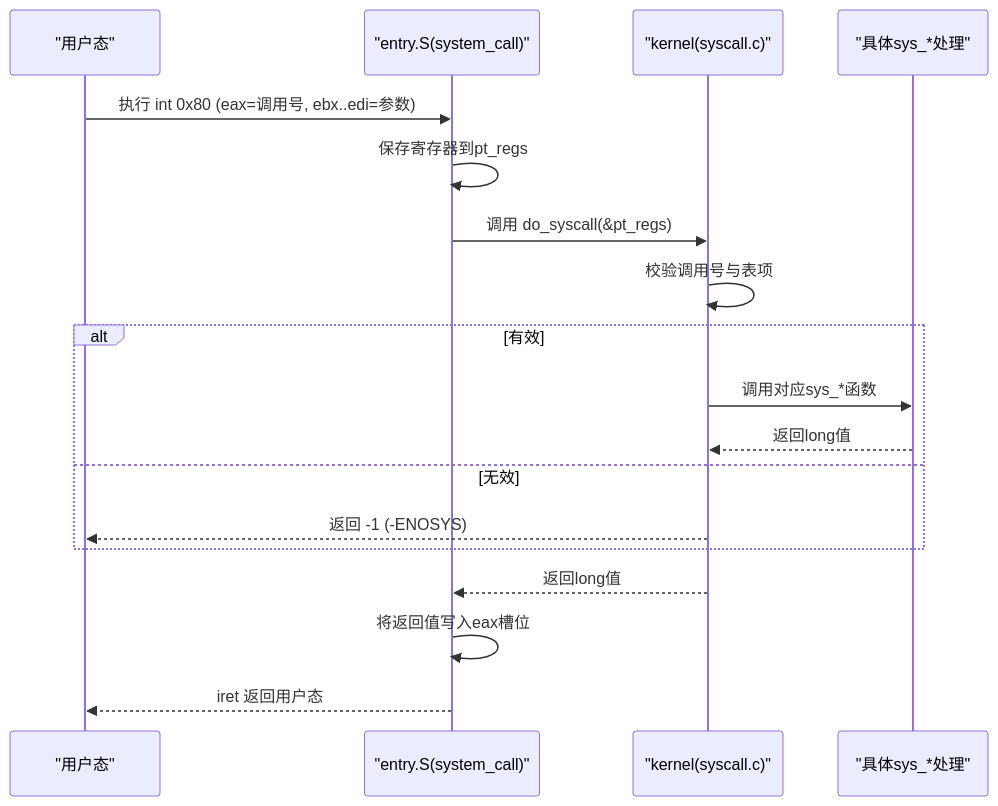
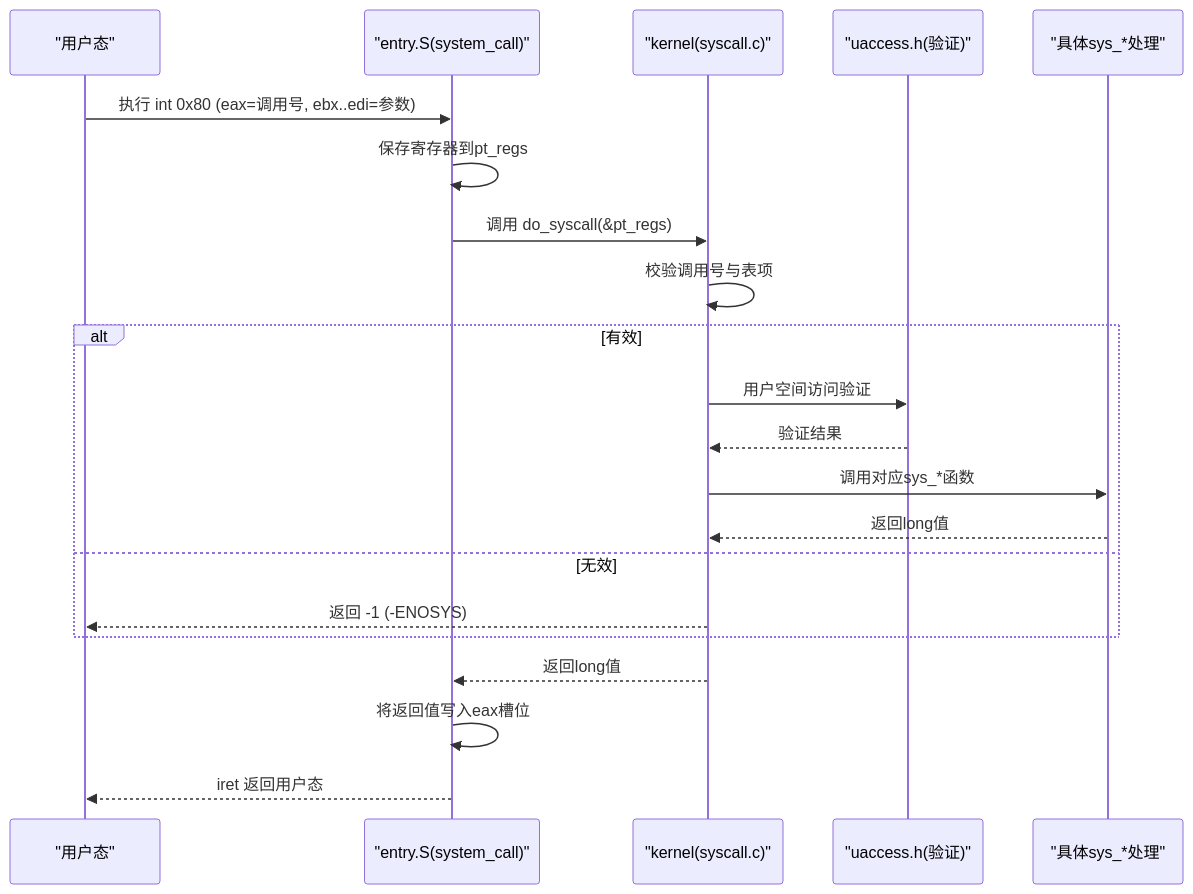
The second of 4 diagrams in .qoder/repowiki/zh/content/系统调用接口.md (skcodestack/LulaOS), drawn with Mermaid before and after one commit. The commit also changed other lines of this file and 19 other files, not shown here.

````diff
--- a/.qoder/repowiki/zh/content/系统调用接口.md
+++ b/.qoder/repowiki/zh/content/系统调用接口.md
@@ -70,20 +85,23 @@
 ```mermaid
 sequenceDiagram
 participant U as "用户态"
 participant E as "entry.S(system_call)"
 participant K as "kernel(syscall.c)"
+participant V as "uaccess.h(验证)"
 participant H as "具体sys_*处理"
 U->>E : 执行 int 0x80 (eax=调用号, ebx..edi=参数)
 E->>E : 保存寄存器到pt_regs
 E->>K : 调用 do_syscall(&pt_regs)
 K->>K : 校验调用号与表项
 alt 有效
+K->>V : 用户空间访问验证
+V-->>K : 验证结果
 K->>H : 调用对应sys_*函数
 H-->>K : 返回long值
 else 无效
 K-->>U : 返回 -1 (-ENOSYS)
 end
 K-->>E : 返回long值
 E->>E : 将返回值写入eax槽位
 E-->>U : iret 返回用户态
 ```
````
